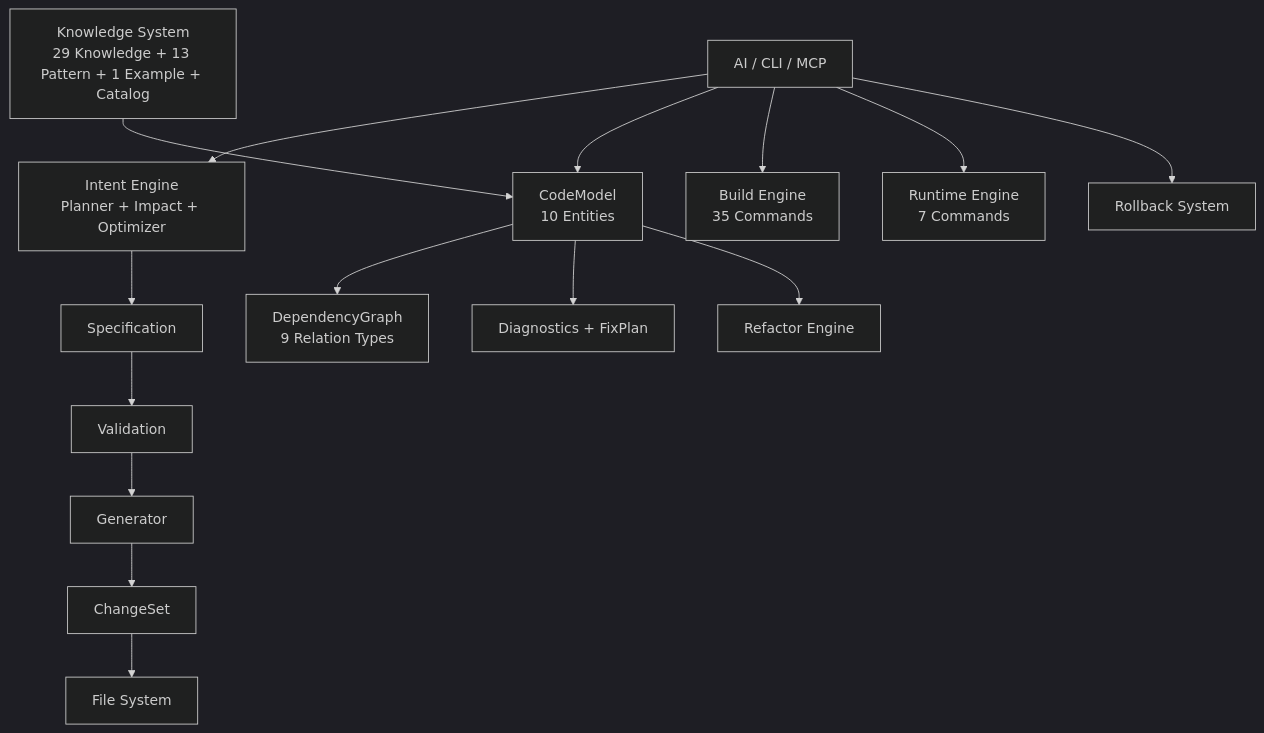
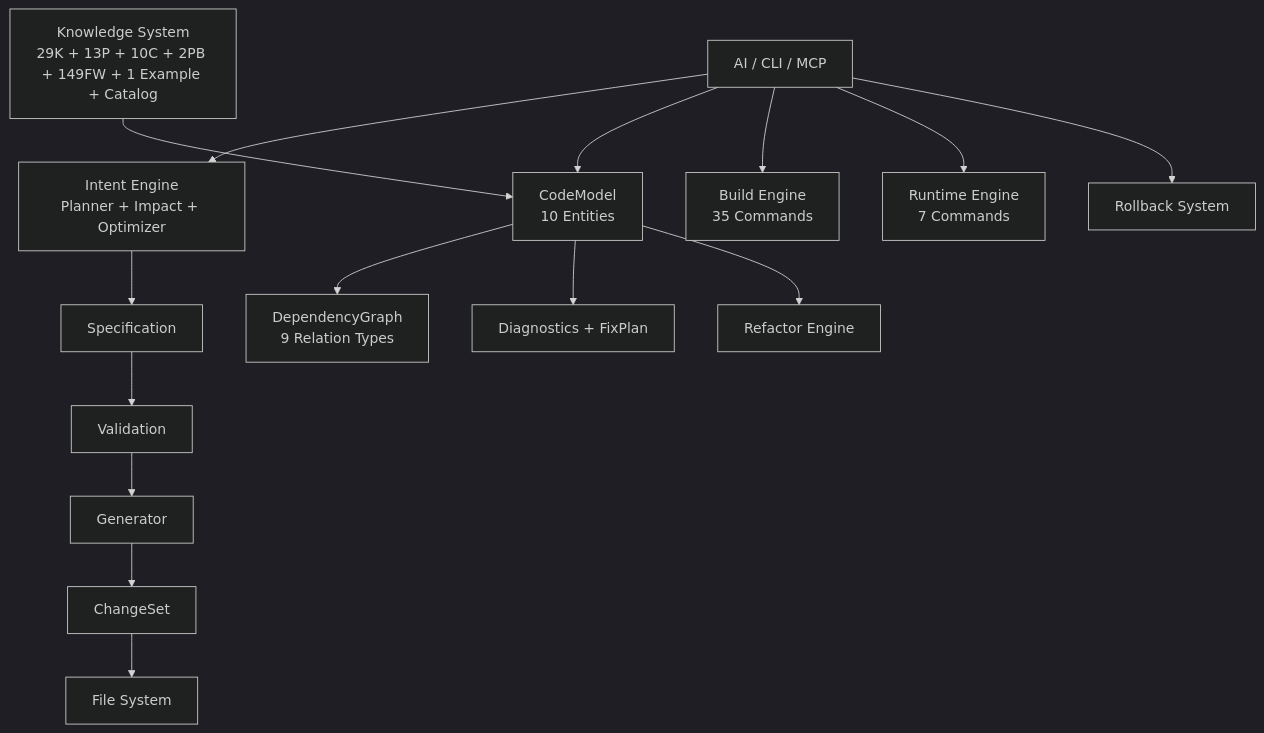
The diagram in README.md (chenlei-gh/CADE), drawn with Mermaid (dark theme) before and after one commit. The commit also changed other lines of this file and 168 other files, not shown here.

First line of the commit message:
Add 5-layer knowledge architecture: capabilities(10), playbooks(2+README), frameworks(149 auto-generated)

````diff
--- a/README.md
+++ b/README.md
@@ -235,20 +235,20 @@
 ```mermaid
 graph TD
     A[AI / CLI / MCP] --> P[Intent Engine<br/>Planner + Impact + Optimizer]
     P --> B[Specification]
     B --> C[Validation]
     C --> D[Generator]
     D --> E[ChangeSet]
     E --> F[File System]
 
     A --> G[CodeModel<br/>10 Entities]
     G --> H[DependencyGraph<br/>9 Relation Types]
     G --> I[Diagnostics + FixPlan]
     G --> J[Refactor Engine]
 
     A --> K[Build Engine<br/>35 Commands]
     A --> L[Runtime Engine<br/>7 Commands]
     A --> M[Rollback System]
 
-    N[Knowledge System<br/>29 Knowledge + 13 Pattern + 1 Example + Catalog] --> G
+    N[Knowledge System<br/>29K + 13P + 10C + 2PB + 149FW + 1 Example + Catalog] --> G
 ```
````
